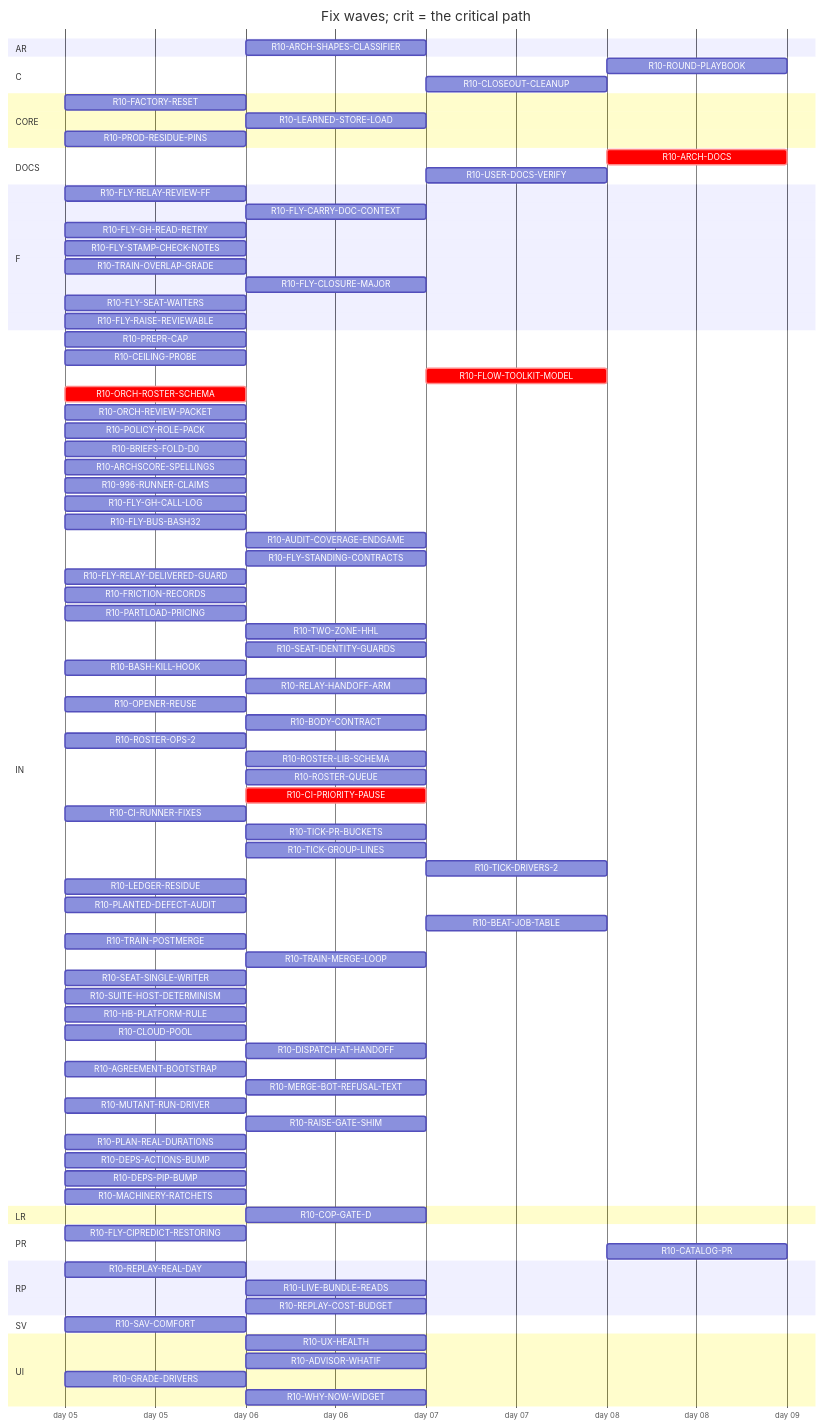
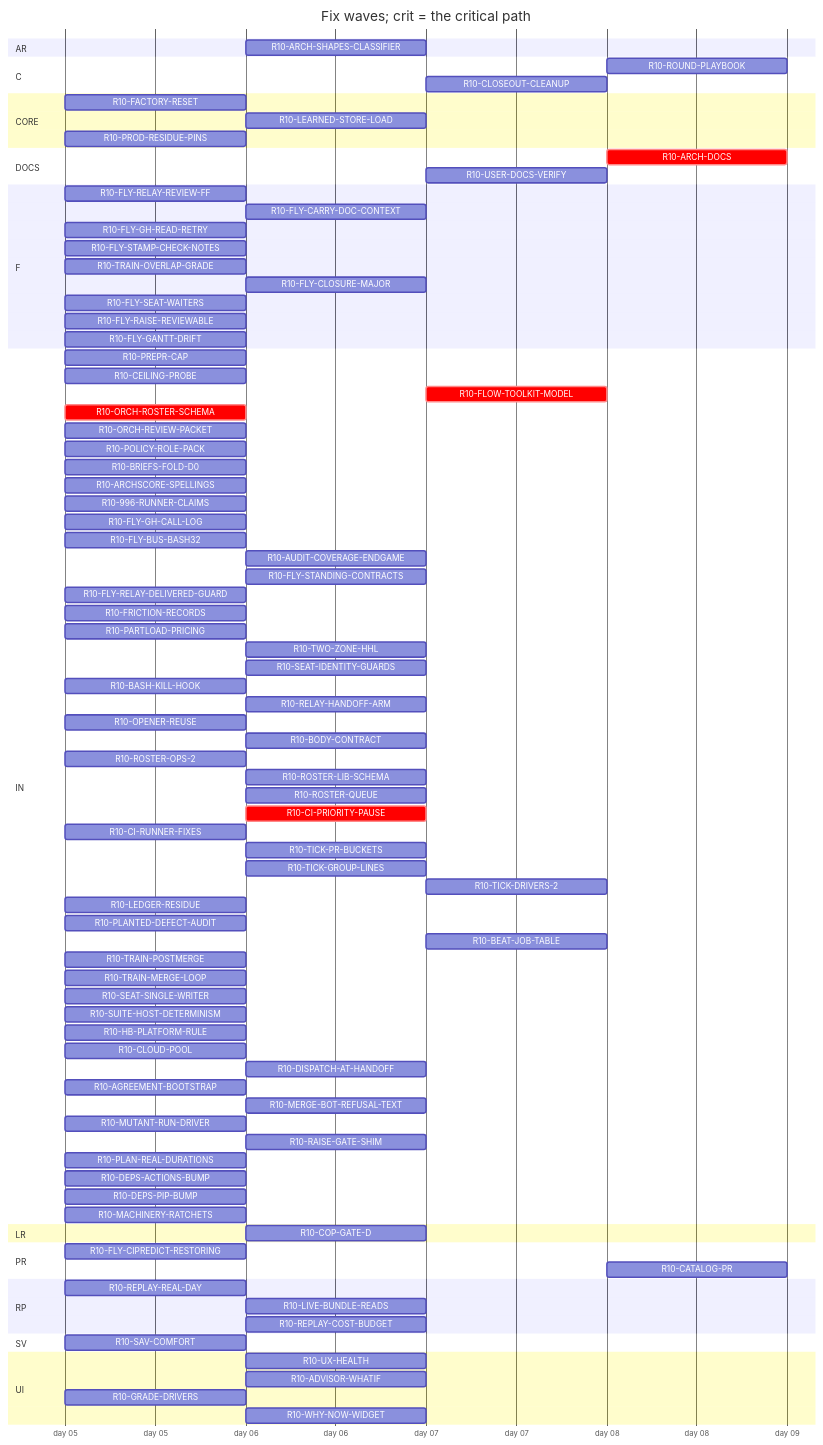
Before and after one commit to tvofi/heatpump_optimizer: the diagram in handoff/round10/state/PLAN-TABLE.md, drawn with Mermaid. The commit also changed other lines of this file and 4 other files, not shown here.

Commit message:
state: FLOW-BOARD.md, NEXT-SESSION-PROMPT.md, PLAN-TABLE.md, PLAN.html, RESUME-CURRENT.md regenerated (state_docs.py)

```diff
--- a/handoff/round10/state/PLAN-TABLE.md
+++ b/handoff/round10/state/PLAN-TABLE.md
@@ -47,6 +47,7 @@
     R10-FLY-CLOSURE-MAJOR :r10FLYCLOSUREMAJOR, after r10MACHINERYRATCHETS, 1d
     R10-FLY-SEAT-WAITERS :r10FLYSEATWAITERS, 2026-01-05, 1d
     R10-FLY-RAISE-REVIEWABLE :r10FLYRAISEREVIEWABLE, 2026-01-05, 1d
+    R10-FLY-GANTT-DRIFT :r10FLYGANTTDRIFT, 2026-01-05, 1d
   section IN
     R10-PREPR-CAP :r10PREPRCAP, 2026-01-05, 1d
     R10-CEILING-PROBE :r10CEILINGPROBE, 2026-01-05, 1d
@@ -82,7 +83,7 @@
     R10-PLANTED-DEFECT-AUDIT :r10PLANTEDDEFECTAUDIT, 2026-01-05, 1d
     R10-BEAT-JOB-TABLE :r10BEATJOBTABLE, after r10FLYSTANDINGCONTRACTS, 1d
     R10-TRAIN-POSTMERGE :r10TRAINPOSTMERGE, 2026-01-05, 1d
-    R10-TRAIN-MERGE-LOOP :r10TRAINMERGELOOP, after r10TRAINPOSTMERGE, 1d
+    R10-TRAIN-MERGE-LOOP :r10TRAINMERGELOOP, 2026-01-05, 1d
     R10-SEAT-SINGLE-WRITER :r10SEATSINGLEWRITER, 2026-01-05, 1d
     R10-SUITE-HOST-DETERMINISM :r10SUITEHOSTDETERMINISM, 2026-01-05, 1d
     R10-HB-PLATFORM-RULE :r10HBPLATFORMRULE, 2026-01-05, 1d
```
